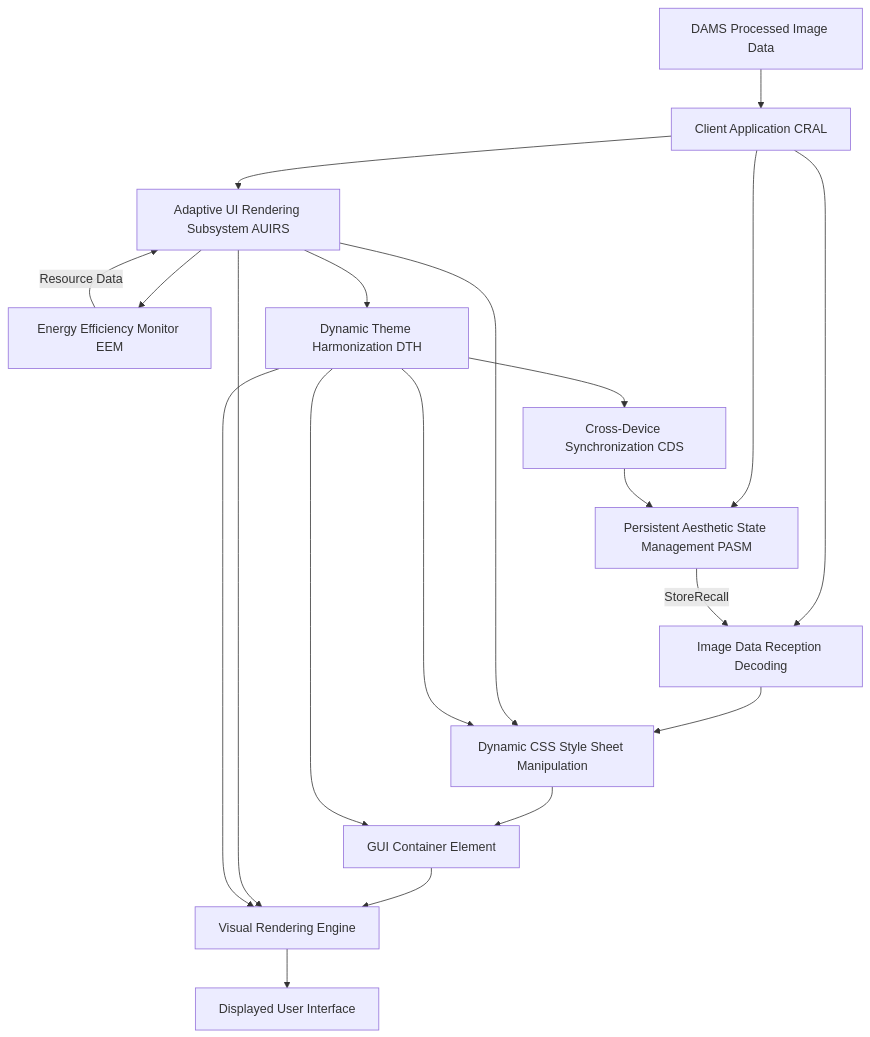
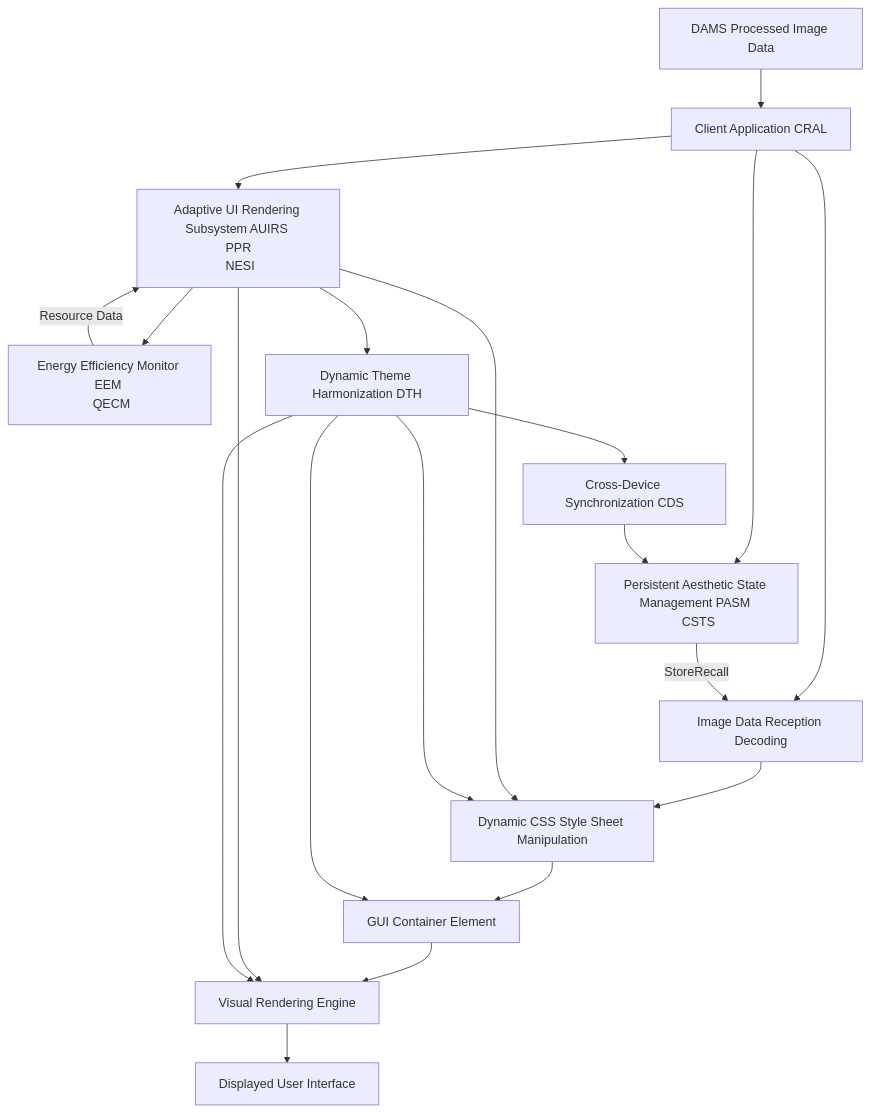
One commit to diplomat-bit/Citibank_Demo_Business_Inc_Demonstration- changed the eighth of 12 diagrams in inventions/001_generative_ui_background.md. Above: the diagram before and after it, drawn with Mermaid. The commit also changed other lines of this file, not shown here.

````diff
--- a/inventions/001_generative_ui_background.md
+++ b/inventions/001_generative_ui_background.md
@@ -334,22 +355,22 @@
 ```mermaid
 graph TD
     A[DAMS Processed Image Data] --> B[Client Application CRAL]
     B --> C[Image Data Reception Decoding]
     C --> D[Dynamic CSS Style Sheet Manipulation]
     D --> E[GUI Container Element]
     E --> F[Visual Rendering Engine]
     F --> G[Displayed User Interface]
-    B --> H[Persistent Aesthetic State Management PASM]
+    B --> H[Persistent Aesthetic State Management PASM <br> CSTS]
     H -- StoreRecall --> C
-    B --> I[Adaptive UI Rendering Subsystem AUIRS]
+    B --> I[Adaptive UI Rendering Subsystem AUIRS <br> PPR <br> NESI]
     I --> D
     I --> F
-    I --> J[Energy Efficiency Monitor EEM]
+    I --> J[Energy Efficiency Monitor EEM <br> QECM]
     J -- Resource Data --> I
     I --> K[Dynamic Theme Harmonization DTH]
     K --> D
     K --> E
     K --> F
     K --> L[Cross-Device Synchronization CDS];
     L --> H;
 ```
````
